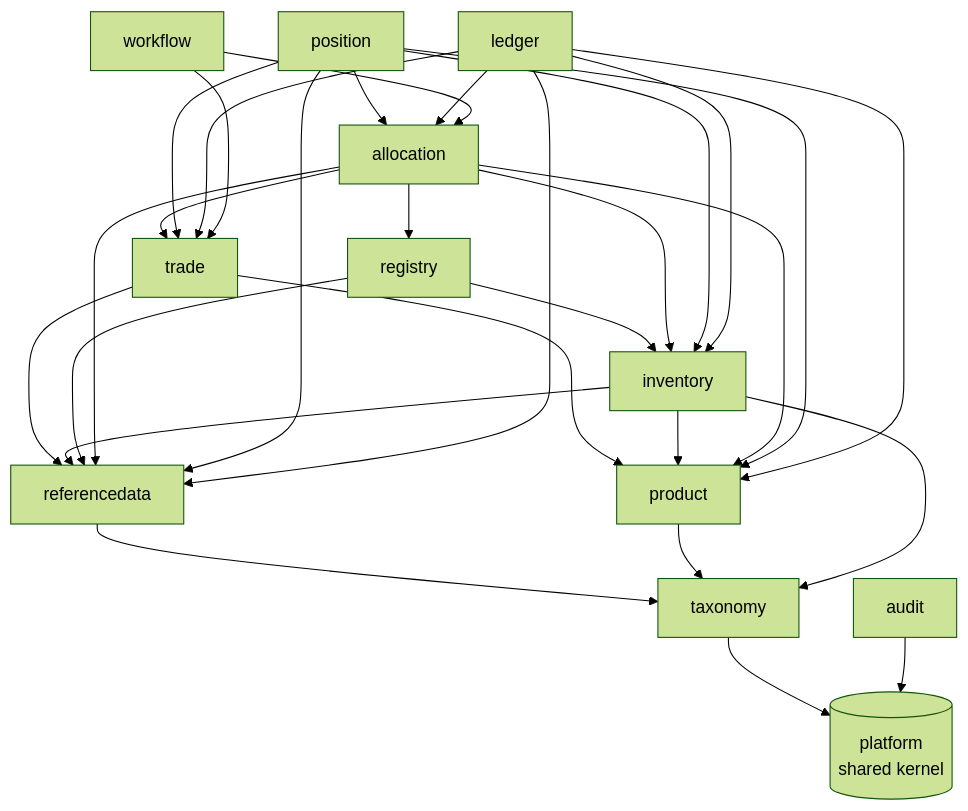
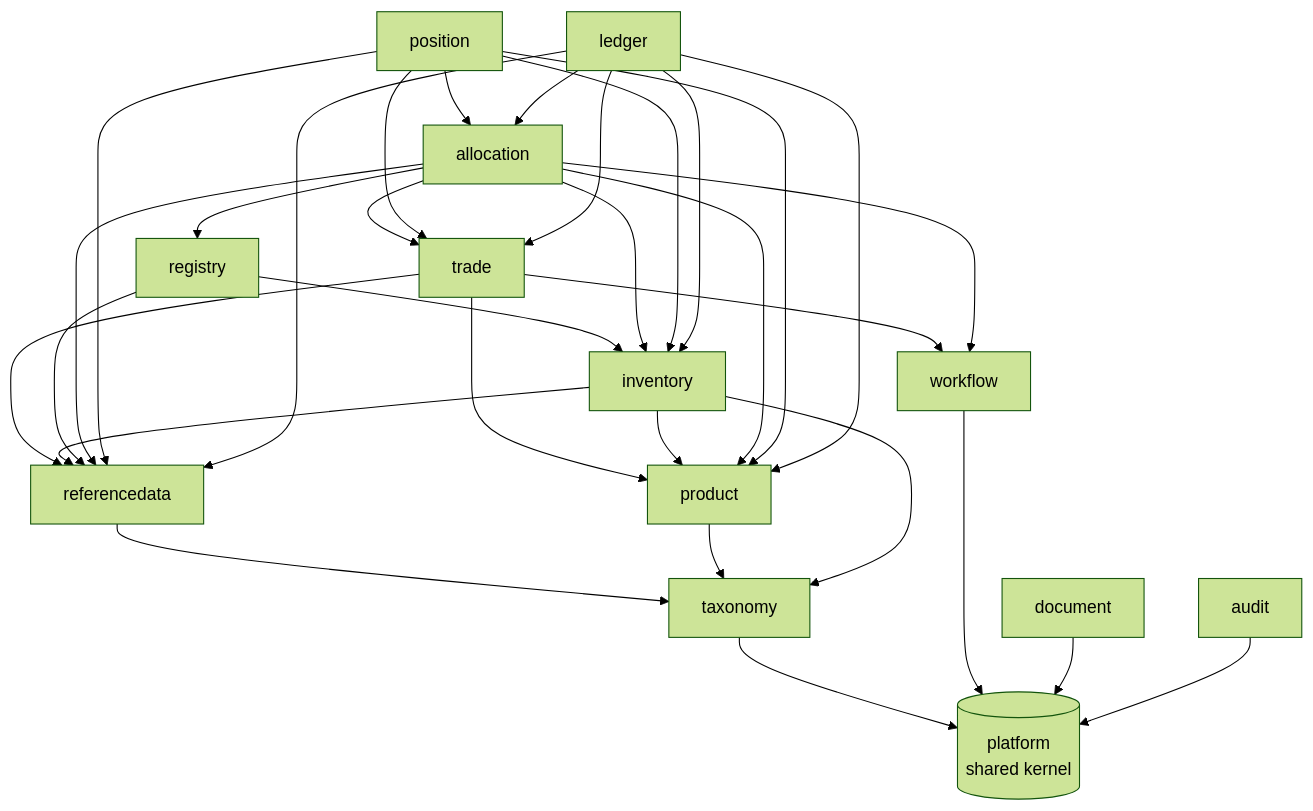
The diagram in docs/arc42/05-building-block-view.md (Pianonurmi/goo-ets-etrm), drawn with Mermaid (forest theme) before and after one commit. The commit also changed other lines of this file and 26 other files, not shown here.

````diff
--- a/docs/arc42/05-building-block-view.md
+++ b/docs/arc42/05-building-block-view.md
@@ -5,15 +5,16 @@
 ```mermaid
 flowchart TB
   platform[(platform<br/>shared kernel)]
   taxonomy --> platform
   referencedata --> taxonomy
   product --> taxonomy
-  trade --> referencedata & product
+  trade --> referencedata & product & workflow
   inventory --> referencedata & taxonomy & product
   registry --> referencedata & inventory
-  allocation --> product & inventory & trade & registry & referencedata
+  allocation --> product & inventory & trade & registry & referencedata & workflow
   position --> inventory & trade & allocation & product & referencedata
   ledger --> inventory & trade & allocation & referencedata & product
-  workflow --> trade & allocation
+  workflow --> platform
+  document --> platform
   audit --> platform
 ```
````
